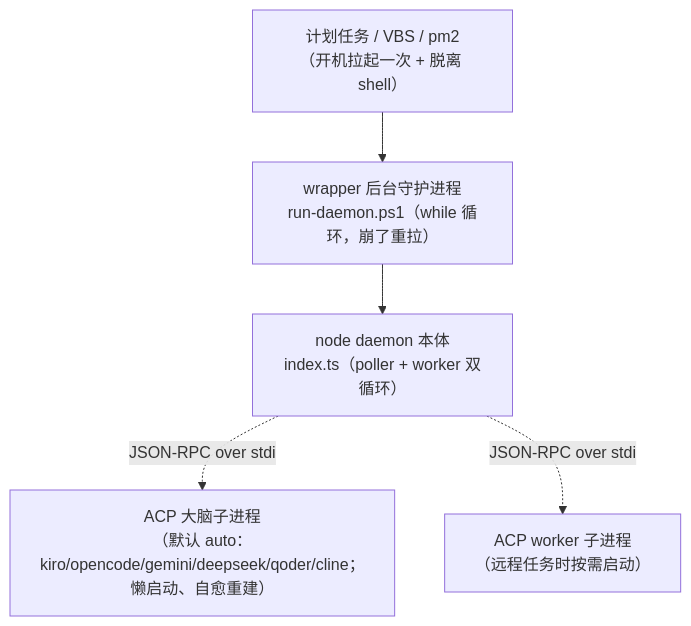
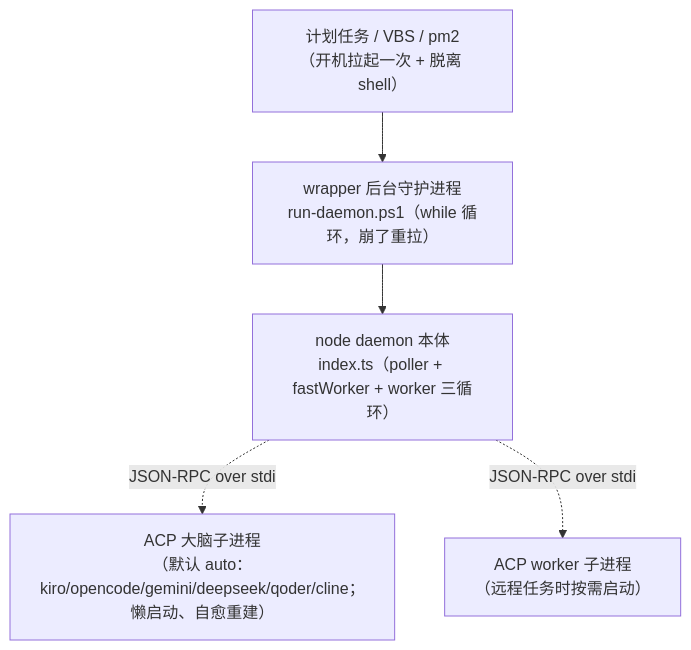
The third of 6 diagrams in docs/repowiki/02-系统架构.md (imwangpan/WeMind), drawn with Mermaid before and after one commit. The commit also changed other lines of this file and 30 other files, not shown here.

````diff
--- a/docs/repowiki/02-系统架构.md
+++ b/docs/repowiki/02-系统架构.md
@@ -88,13 +88,13 @@
 ```mermaid
 graph TD
     TRIGGER["计划任务 / VBS / pm2<br/>（开机拉起一次 + 脱离 shell）"]
     WRAPPER["wrapper 后台守护进程<br/>run-daemon.ps1（while 循环，崩了重拉）"]
-    NODE["node daemon 本体<br/>index.ts（poller + worker 双循环）"]
+    NODE["node daemon 本体<br/>index.ts（poller + fastWorker + worker 三循环）"]
     BRAINP["ACP 大脑子进程<br/>（默认 auto：kiro/opencode/gemini/deepseek/qoder/cline；懒启动、自愈重建）"]
     WORKERP["ACP worker 子进程<br/>（远程任务时按需启动）"]
 
     TRIGGER --> WRAPPER
     WRAPPER --> NODE
     NODE -.JSON-RPC over stdio.-> BRAINP
     NODE -.JSON-RPC over stdio.-> WORKERP
 ```
````
